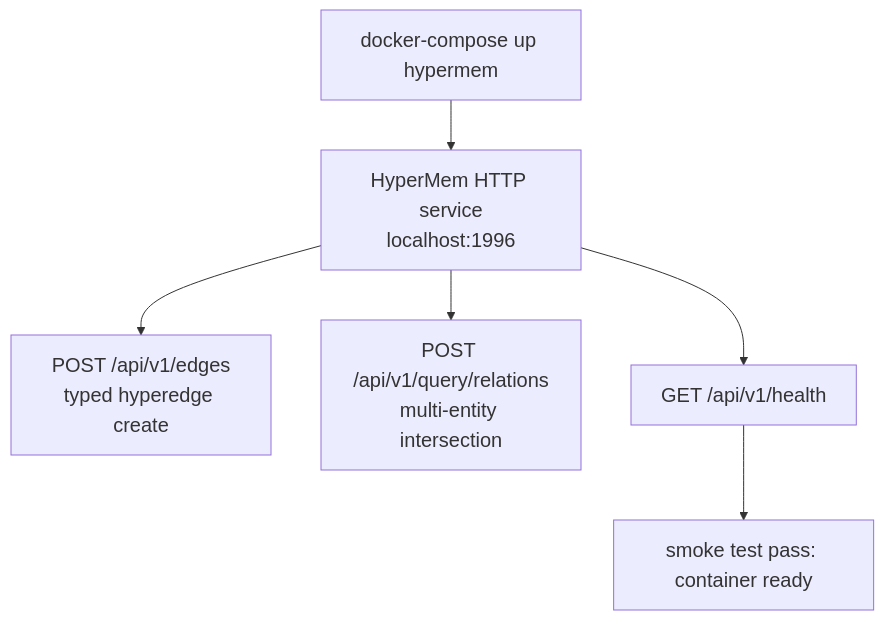
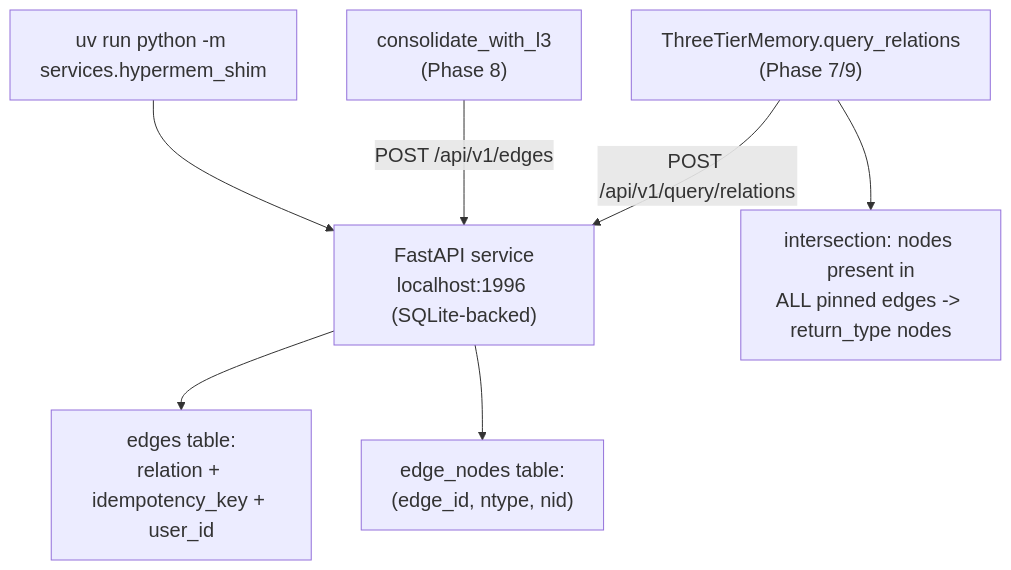
One commit to shaneliuyx/agent-development-curriculum changed diagram 11 of 14 in Week 3.5.9 - Requirement-Driven Memory Architecture.md. Above: the diagram before and after it, drawn with Mermaid. The commit also changed other lines of this file, not shown here.

First line of the commit message:
docs(W3.5.9): Phase 6 — real-HyperMem explainer + L3 shim (runnable)

````diff
--- a/Week 3.5.9 - Requirement-Driven Memory Architecture.md
+++ b/Week 3.5.9 - Requirement-Driven Memory Architecture.md
@@ -1540,9 +1694,10 @@
 ```mermaid
 %%{init: {'theme':'default', 'themeVariables': {'fontSize':'20px'}}}%%
 flowchart TD
-  A["docker-compose up hypermem"] --> B["HyperMem HTTP service<br/>localhost:1996"]
-  B --> C["POST /api/v1/edges<br/>typed hyperedge create"]
-  B --> D["POST /api/v1/query/relations<br/>multi-entity intersection"]
-  B --> E["GET /api/v1/health"]
-  E --> F["smoke test pass: container ready"]
+  A["uv run python -m services.hypermem_shim"] --> B["FastAPI service<br/>localhost:1996 (SQLite-backed)"]
+  W["consolidate_with_l3<br/>(Phase 8)"] -->|"POST /api/v1/edges"| B
+  TT["ThreeTierMemory.query_relations<br/>(Phase 7/9)"] -->|"POST /api/v1/query/relations"| B
+  B --> E["edges table:<br/>relation + idempotency_key + user_id"]
+  B --> N["edge_nodes table:<br/>(edge_id, ntype, nid)"]
+  TT --> Q["intersection: nodes present in<br/>ALL pinned edges -> return_type nodes"]
 ```
````
